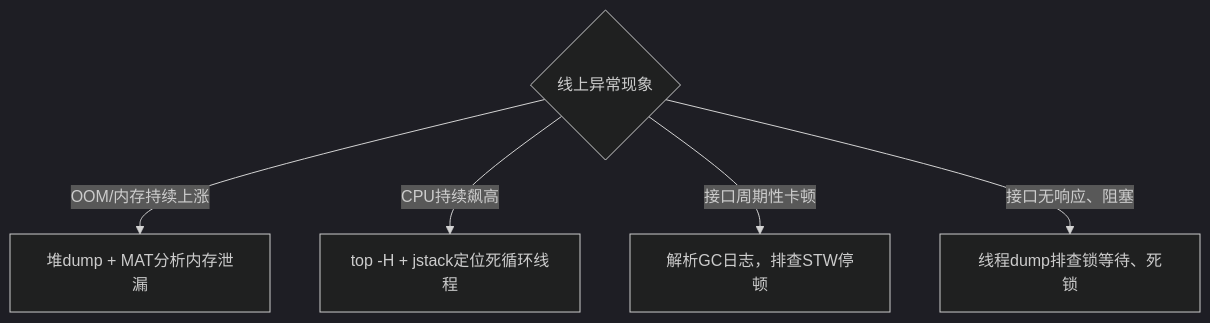
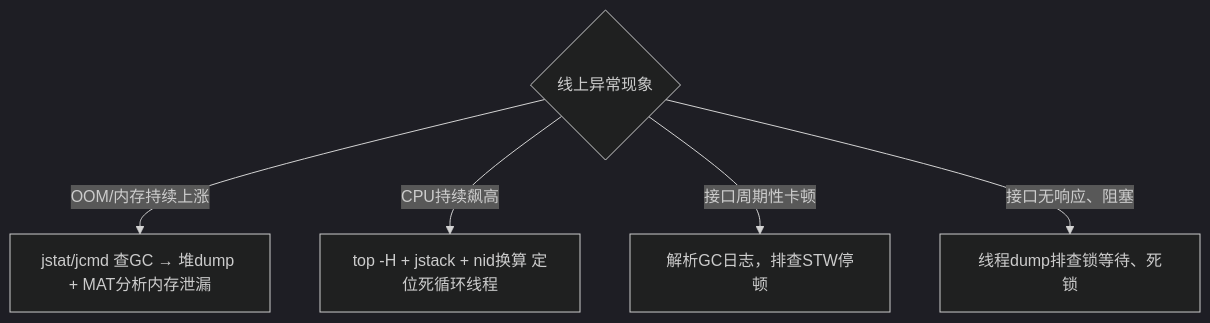
The eighth of 8 diagrams in docs/02.后端/01.Java/17.JVM 基础.md (l552177239/my-note), drawn with Mermaid (dark theme) before and after one commit. The commit also changed other lines of this file, not shown here.

````diff
--- a/docs/02.后端/01.Java/17.JVM 基础.md
+++ b/docs/02.后端/01.Java/17.JVM 基础.md
@@ -289,9 +278,8 @@
 ```mermaid
 flowchart TD
     Q{"线上异常现象"}
-    Q -->|"OOM/内存持续上涨"| M["堆dump + MAT分析内存泄漏"]
-    Q -->|"CPU持续飙高"| C["top -H + jstack定位死循环线程"]
+    Q -->|"OOM/内存持续上涨"| M["jstat/jcmd 查GC → 堆dump + MAT分析内存泄漏"]
+    Q -->|"CPU持续飙高"| C["top -H + jstack + nid换算 定位死循环线程"]
     Q -->|"接口周期性卡顿"| G["解析GC日志，排查STW停顿"]
     Q -->|"接口无响应、阻塞"| T["线程dump排查锁等待、死锁"]
-
 ```
````
